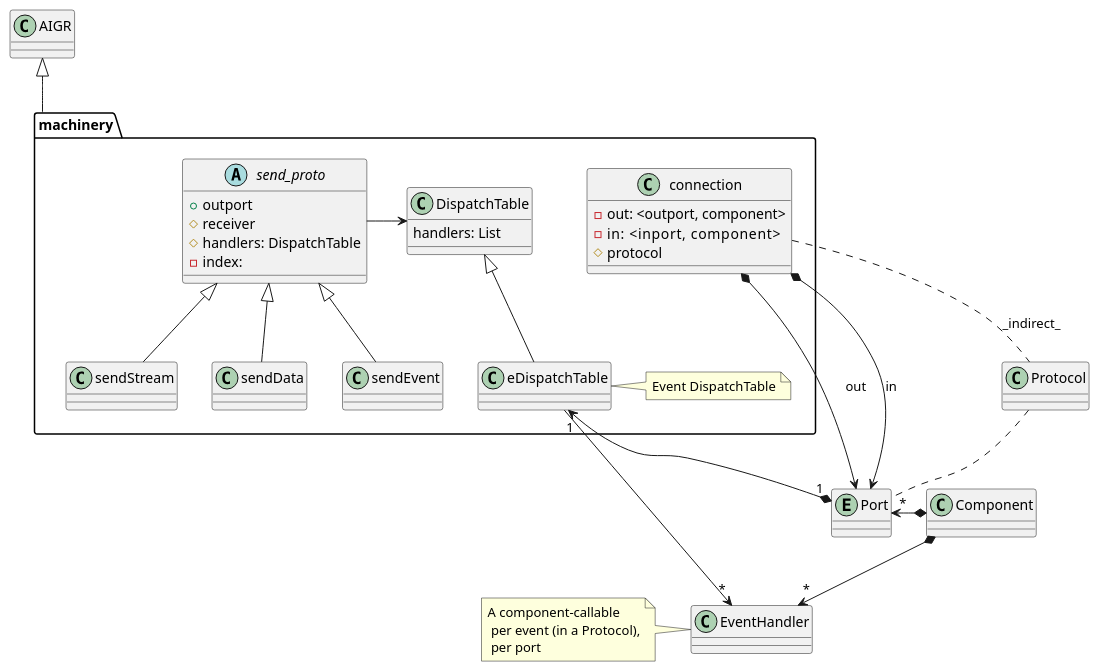
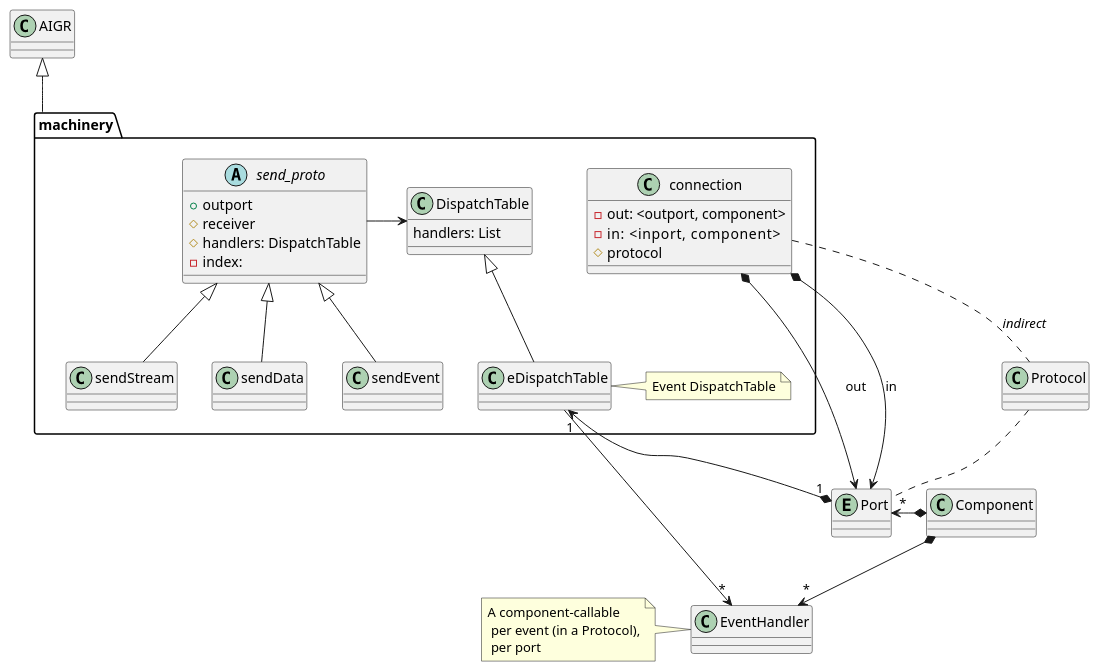
Before and after one commit to AlbertMietus/DocIdeas.hg: the diagram in CCastle/DocParts/Design/50.notes/240408-aigr-machinery.rst, drawn with PlantUML.

Commit message:
RTD/plantUML-version works

```diff
--- a/CCastle/DocParts/Design/50.notes/240408-aigr-machinery.rst
+++ b/CCastle/DocParts/Design/50.notes/240408-aigr-machinery.rst
@@ -3,54 +3,54 @@
 .. uml::
 
    @startuml
 
    class AIGR
 
    package machinery {
 
    class DispatchTable {
      handlers: List
    }
    DispatchTable <|-- eDispatchTable
    note right: Event DispatchTable
 
    abstract send_proto {
      + outport
      # receiver
      # handlers: DispatchTable
      - index:
    }
    send_proto  <|-- sendStream
    send_proto  <|-- sendData
    send_proto  <|-- sendEvent
 
    send_proto -> DispatchTable
 
    class connection {
      - out: <outport, component>
      - in:    <inport,  component>
      # protocol
    }
 
    }
    AIGR <|--machinery
 
    class EventHandler
    note left: A component-callable\n per event (in a Protocol),\n per port
    Entity Port
    'protocol  Protocol
    class  Protocol
    'metaclass Component
    class Component
 
    connection  *->  Port: out
    connection  *->  Port: in
-   connection  ..   Protocol : _indirect_
+   connection  ..   Protocol : //indirect//
    Protocol    ..   Port
    Port "*" <-* Component
 
    eDispatchTable      ->    "*"  EventHandler
    eDispatchTable  "1" <-*   "1"  Port
    Component           *-->  "*" EventHandler
 
    @enduml
```
